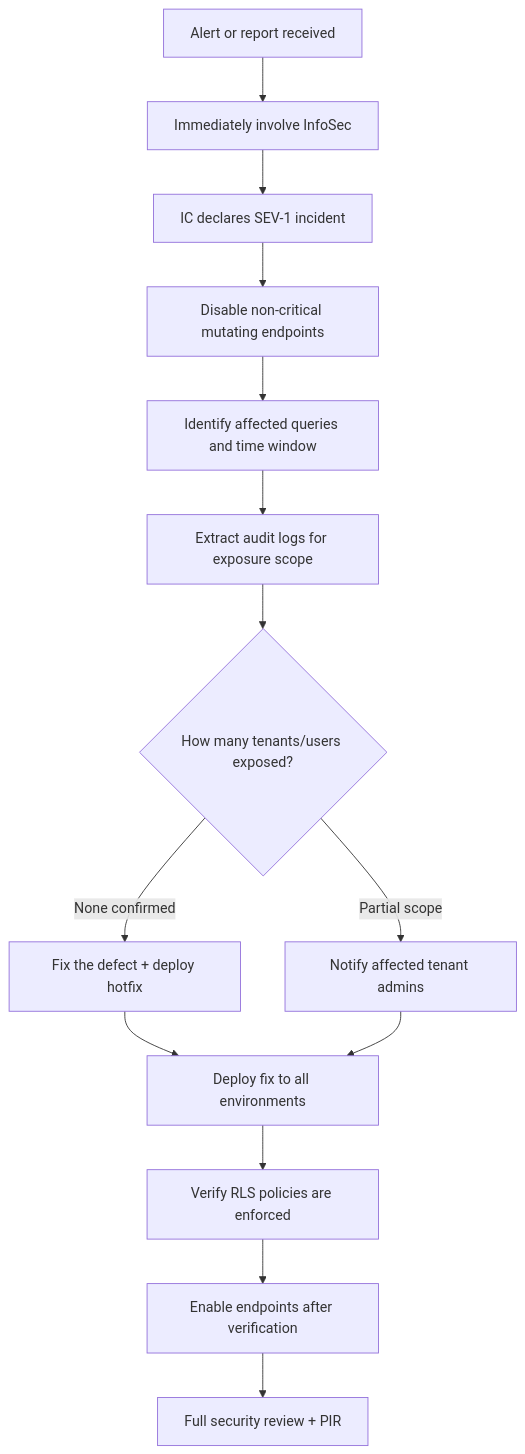
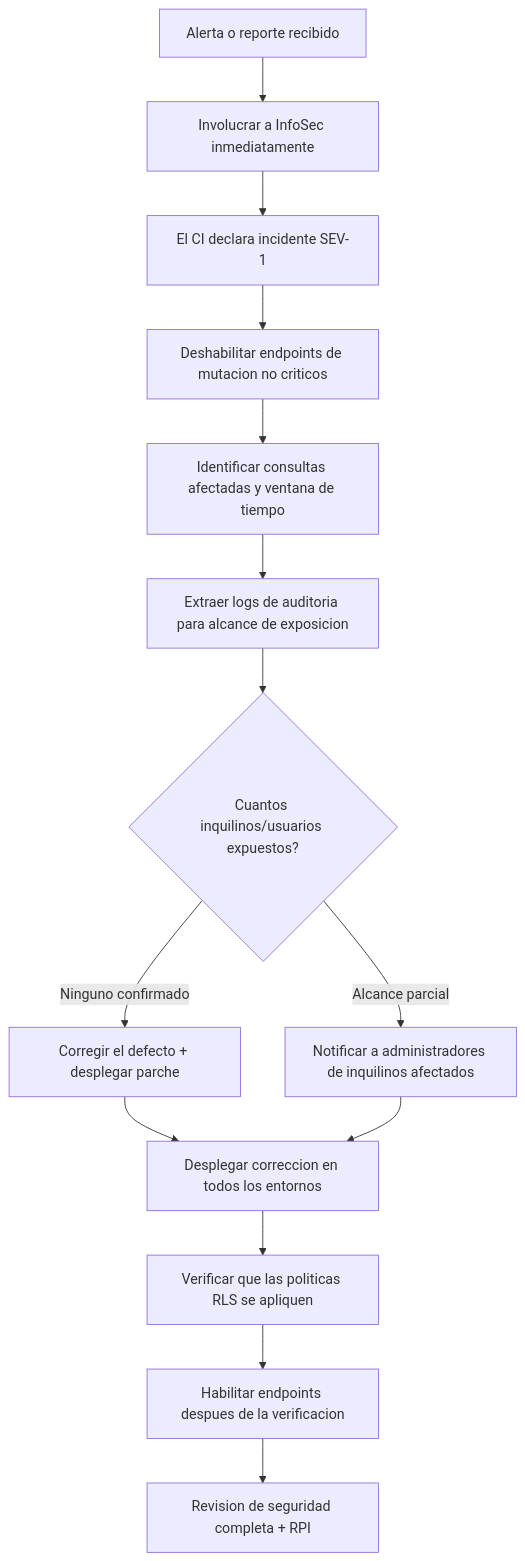
One commit to nalyd2/users-demo-backstage changed the fifth of 5 diagrams in docs/runbooks/incident-response.md. Above: the diagram before and after it, drawn with Mermaid. The commit also changed other lines of this file and 52 other files, not shown here.

````diff
--- a/docs/runbooks/incident-response.md
+++ b/docs/runbooks/incident-response.md
@@ -500,16 +500,16 @@
 ```mermaid
 flowchart TD
-    A[Alert or report received] --> B[Immediately involve InfoSec]
-    B --> C[IC declares SEV-1 incident]
-    C --> D[Disable non-critical mutating endpoints]
-    D --> E[Identify affected queries and time window]
-    E --> F[Extract audit logs for exposure scope]
-    F --> G{How many tenants/users exposed?}
-    G -- None confirmed --> H[Fix the defect + deploy hotfix]
-    G -- Partial scope --> I[Notify affected tenant admins]
-    H --> J[Deploy fix to all environments]
+    A[Alerta o reporte recibido] --> B[Involucrar a InfoSec inmediatamente]
+    B --> C[El CI declara incidente SEV-1]
+    C --> D[Deshabilitar endpoints de mutacion no criticos]
+    D --> E[Identificar consultas afectadas y ventana de tiempo]
+    E --> F[Extraer logs de auditoria para alcance de exposicion]
+    F --> G{Cuantos inquilinos/usuarios expuestos?}
+    G -- Ninguno confirmado --> H[Corregir el defecto + desplegar parche]
+    G -- Alcance parcial --> I[Notificar a administradores de inquilinos afectados]
+    H --> J[Desplegar correccion en todos los entornos]
     I --> J
-    J --> K[Verify RLS policies are enforced]
-    K --> L[Enable endpoints after verification]
-    L --> M[Full security review + PIR]
+    J --> K[Verificar que las politicas RLS se apliquen]
+    K --> L[Habilitar endpoints despues de la verificacion]
+    L --> M[Revision de seguridad completa + RPI]
 ```
````
